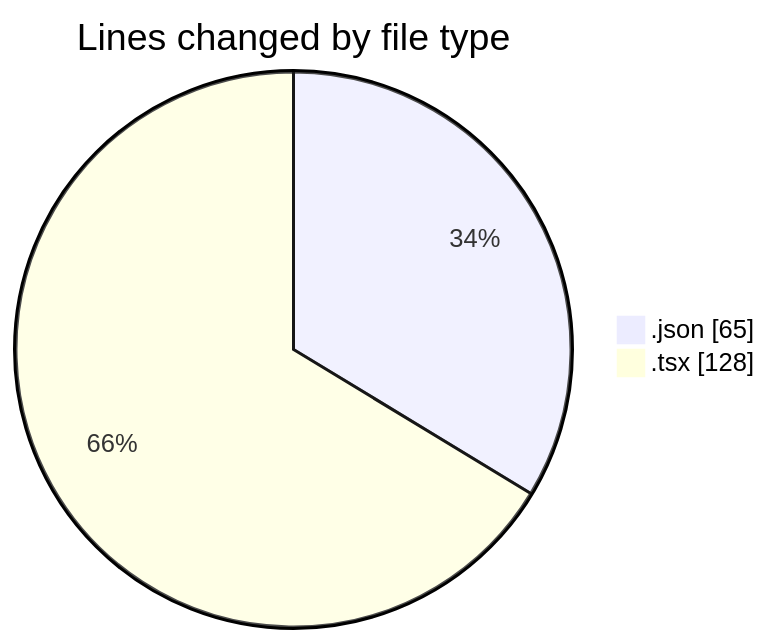
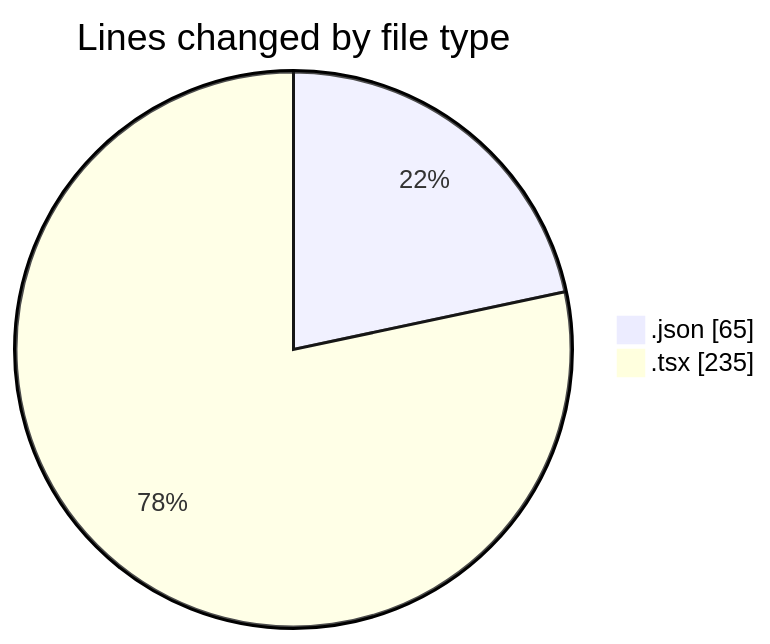
One commit to momahboobian/code-tracking changed the first of 2 diagrams in 2026-03-24/cda/README.md. Above: the diagram before and after it, drawn with Mermaid. The commit also changed other lines of this file and 1 other file, not shown here.

````diff
--- a/2026-03-24/cda/README.md
+++ b/2026-03-24/cda/README.md
@@ -21,6 +22,6 @@
 ```mermaid
 pie showData
 title Lines changed by file type
 ".json" : 65
-".tsx" : 128
+".tsx" : 235
 ```
````
